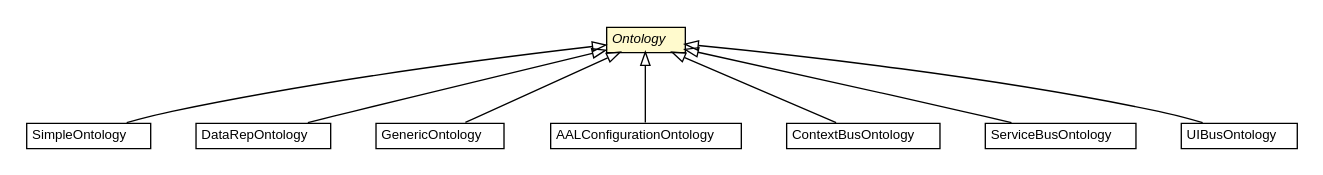
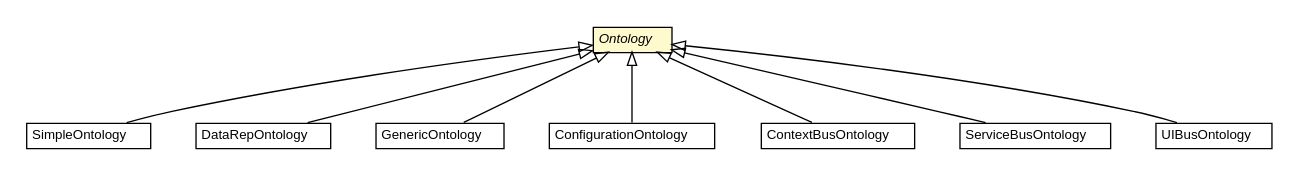
Before and after one commit to universAAL/middleware: the diagram in mw.pom/apidocs/org/universAAL/middleware/owl/Ontology.dot, drawn with Graphviz. The commit also changed 5721 other files, not shown here.

```diff
--- a/mw.pom/apidocs/org/universAAL/middleware/owl/Ontology.dot
+++ b/mw.pom/apidocs/org/universAAL/middleware/owl/Ontology.dot
@@ -1,74 +1,74 @@
 #!/usr/local/bin/dot
 #
 # Class diagram 
 # Generated by UMLGraph version R5_6-24-gf6e263 (http://www.umlgraph.org/)
 #
 
 digraph G {
 	edge [fontname="Helvetica",fontsize=10,labelfontname="Helvetica",labelfontsize=10];
 	node [fontname="Helvetica",fontsize=10,shape=plaintext];
 	nodesep=0.25;
 	ranksep=0.5;
 	// org.universAAL.middleware.owl.SimpleOntology
-	c311871 [label=<<table title="org.universAAL.middleware.owl.SimpleOntology" border="0" cellborder="1" cellspacing="0" cellpadding="2" port="p" href="./SimpleOntology.html">
+	c265615 [label=<<table title="org.universAAL.middleware.owl.SimpleOntology" border="0" cellborder="1" cellspacing="0" cellpadding="2" port="p" href="./SimpleOntology.html">
 		<tr><td><table border="0" cellspacing="0" cellpadding="1">
 <tr><td align="center" balign="center"> SimpleOntology </td></tr>
 		</table></td></tr>
 		</table>>, URL="./SimpleOntology.html", fontname="Helvetica", fontcolor="black", fontsize=10.0];
 	// org.universAAL.middleware.owl.DataRepOntology
-	c311872 [label=<<table title="org.universAAL.middleware.owl.DataRepOntology" border="0" cellborder="1" cellspacing="0" cellpadding="2" port="p" href="./DataRepOntology.html">
+	c265616 [label=<<table title="org.universAAL.middleware.owl.DataRepOntology" border="0" cellborder="1" cellspacing="0" cellpadding="2" port="p" href="./DataRepOntology.html">
 		<tr><td><table border="0" cellspacing="0" cellpadding="1">
 <tr><td align="center" balign="center"> DataRepOntology </td></tr>
 		</table></td></tr>
 		</table>>, URL="./DataRepOntology.html", fontname="Helvetica", fontcolor="black", fontsize=10.0];
 	// org.universAAL.middleware.owl.Ontology
-	c311891 [label=<<table title="org.universAAL.middleware.owl.Ontology" border="0" cellborder="1" cellspacing="0" cellpadding="2" port="p" bgcolor="lemonChiffon" href="./Ontology.html">
+	c265635 [label=<<table title="org.universAAL.middleware.owl.Ontology" border="0" cellborder="1" cellspacing="0" cellpadding="2" port="p" bgcolor="lemonChiffon" href="./Ontology.html">
 		<tr><td><table border="0" cellspacing="0" cellpadding="1">
 <tr><td align="center" balign="center"><font face="Helvetica-Oblique"> Ontology </font></td></tr>
 		</table></td></tr>
 		</table>>, URL="./Ontology.html", fontname="Helvetica", fontcolor="black", fontsize=10.0];
 	// org.universAAL.middleware.owl.generic.GenericOntology
-	c311900 [label=<<table title="org.universAAL.middleware.owl.generic.GenericOntology" border="0" cellborder="1" cellspacing="0" cellpadding="2" port="p" href="./generic/GenericOntology.html">
+	c265644 [label=<<table title="org.universAAL.middleware.owl.generic.GenericOntology" border="0" cellborder="1" cellspacing="0" cellpadding="2" port="p" href="./generic/GenericOntology.html">
 		<tr><td><table border="0" cellspacing="0" cellpadding="1">
 <tr><td align="center" balign="center"> GenericOntology </td></tr>
 		</table></td></tr>
 		</table>>, URL="./generic/GenericOntology.html", fontname="Helvetica", fontcolor="black", fontsize=10.0];
-	// org.universAAL.middleware.managers.configuration.core.owl.AALConfigurationOntology
-	c312137 [label=<<table title="org.universAAL.middleware.managers.configuration.core.owl.AALConfigurationOntology" border="0" cellborder="1" cellspacing="0" cellpadding="2" port="p" href="../managers/configuration/core/owl/AALConfigurationOntology.html">
+	// org.universAAL.middleware.managers.configuration.core.owl.ConfigurationOntology
+	c265841 [label=<<table title="org.universAAL.middleware.managers.configuration.core.owl.ConfigurationOntology" border="0" cellborder="1" cellspacing="0" cellpadding="2" port="p" href="../managers/configuration/core/owl/ConfigurationOntology.html">
 		<tr><td><table border="0" cellspacing="0" cellpadding="1">
-<tr><td align="center" balign="center"> AALConfigurationOntology </td></tr>
+<tr><td align="center" balign="center"> ConfigurationOntology </td></tr>
 		</table></td></tr>
-		</table>>, URL="../managers/configuration/core/owl/AALConfigurationOntology.html", fontname="Helvetica", fontcolor="black", fontsize=10.0];
+		</table>>, URL="../managers/configuration/core/owl/ConfigurationOntology.html", fontname="Helvetica", fontcolor="black", fontsize=10.0];
 	// org.universAAL.middleware.context.owl.ContextBusOntology
-	c312196 [label=<<table title="org.universAAL.middleware.context.owl.ContextBusOntology" border="0" cellborder="1" cellspacing="0" cellpadding="2" port="p" href="../context/owl/ContextBusOntology.html">
+	c265900 [label=<<table title="org.universAAL.middleware.context.owl.ContextBusOntology" border="0" cellborder="1" cellspacing="0" cellpadding="2" port="p" href="../context/owl/ContextBusOntology.html">
 		<tr><td><table border="0" cellspacing="0" cellpadding="1">
 <tr><td align="center" balign="center"> ContextBusOntology </td></tr>
 		</table></td></tr>
 		</table>>, URL="../context/owl/ContextBusOntology.html", fontname="Helvetica", fontcolor="black", fontsize=10.0];
 	// org.universAAL.middleware.service.owl.ServiceBusOntology
-	c312238 [label=<<table title="org.universAAL.middleware.service.owl.ServiceBusOntology" border="0" cellborder="1" cellspacing="0" cellpadding="2" port="p" href="../service/owl/ServiceBusOntology.html">
+	c265942 [label=<<table title="org.universAAL.middleware.service.owl.ServiceBusOntology" border="0" cellborder="1" cellspacing="0" cellpadding="2" port="p" href="../service/owl/ServiceBusOntology.html">
 		<tr><td><table border="0" cellspacing="0" cellpadding="1">
 <tr><td align="center" balign="center"> ServiceBusOntology </td></tr>
 		</table></td></tr>
 		</table>>, URL="../service/owl/ServiceBusOntology.html", fontname="Helvetica", fontcolor="black", fontsize=10.0];
 	// org.universAAL.middleware.ui.owl.UIBusOntology
-	c312284 [label=<<table title="org.universAAL.middleware.ui.owl.UIBusOntology" border="0" cellborder="1" cellspacing="0" cellpadding="2" port="p" href="../ui/owl/UIBusOntology.html">
+	c265988 [label=<<table title="org.universAAL.middleware.ui.owl.UIBusOntology" border="0" cellborder="1" cellspacing="0" cellpadding="2" port="p" href="../ui/owl/UIBusOntology.html">
 		<tr><td><table border="0" cellspacing="0" cellpadding="1">
 <tr><td align="center" balign="center"> UIBusOntology </td></tr>
 		</table></td></tr>
 		</table>>, URL="../ui/owl/UIBusOntology.html", fontname="Helvetica", fontcolor="black", fontsize=10.0];
 	//org.universAAL.middleware.owl.SimpleOntology extends org.universAAL.middleware.owl.Ontology
-	c311891:p -> c311871:p [dir=back,arrowtail=empty];
+	c265635:p -> c265615:p [dir=back,arrowtail=empty];
 	//org.universAAL.middleware.owl.DataRepOntology extends org.universAAL.middleware.owl.Ontology
-	c311891:p -> c311872:p [dir=back,arrowtail=empty];
+	c265635:p -> c265616:p [dir=back,arrowtail=empty];
 	//org.universAAL.middleware.owl.generic.GenericOntology extends org.universAAL.middleware.owl.Ontology
-	c311891:p -> c311900:p [dir=back,arrowtail=empty];
-	//org.universAAL.middleware.managers.configuration.core.owl.AALConfigurationOntology extends org.universAAL.middleware.owl.Ontology
-	c311891:p -> c312137:p [dir=back,arrowtail=empty];
+	c265635:p -> c265644:p [dir=back,arrowtail=empty];
+	//org.universAAL.middleware.managers.configuration.core.owl.ConfigurationOntology extends org.universAAL.middleware.owl.Ontology
+	c265635:p -> c265841:p [dir=back,arrowtail=empty];
 	//org.universAAL.middleware.context.owl.ContextBusOntology extends org.universAAL.middleware.owl.Ontology
-	c311891:p -> c312196:p [dir=back,arrowtail=empty];
+	c265635:p -> c265900:p [dir=back,arrowtail=empty];
 	//org.universAAL.middleware.service.owl.ServiceBusOntology extends org.universAAL.middleware.owl.Ontology
-	c311891:p -> c312238:p [dir=back,arrowtail=empty];
+	c265635:p -> c265942:p [dir=back,arrowtail=empty];
 	//org.universAAL.middleware.ui.owl.UIBusOntology extends org.universAAL.middleware.owl.Ontology
-	c311891:p -> c312284:p [dir=back,arrowtail=empty];
+	c265635:p -> c265988:p [dir=back,arrowtail=empty];
 }
```
